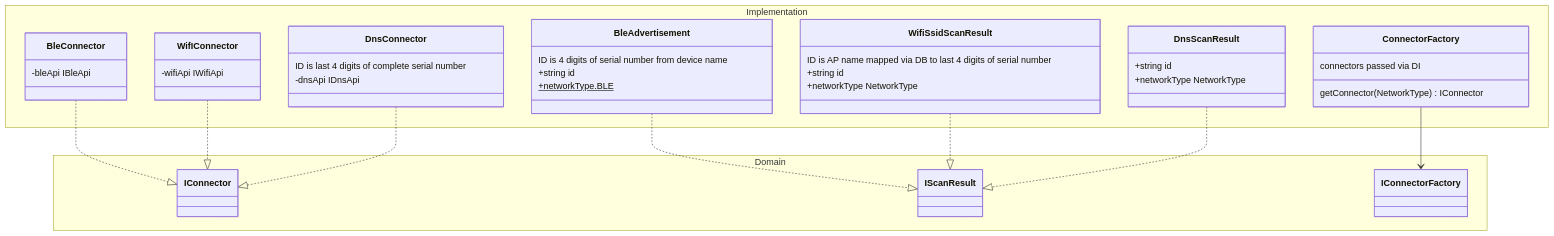
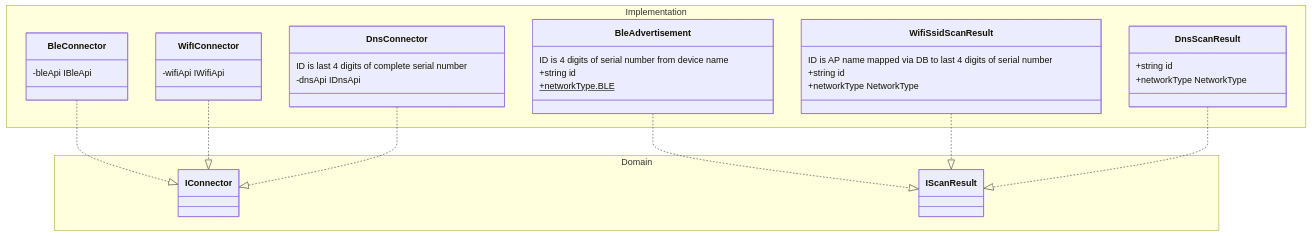
Before and after one commit to gopro/OpenGoPro: the second of 3 diagrams in demos/kotlin/kmp_sdk/docs/architecture/connector_communicator.md, drawn with Mermaid. The commit also changed other lines of this file and 4 other files, not shown here.

Commit message:
Update architecture diagrams

````diff
--- a/demos/kotlin/kmp_sdk/docs/architecture/connector_communicator.md
+++ b/demos/kotlin/kmp_sdk/docs/architecture/connector_communicator.md
@@ -94,47 +101,40 @@
 ```mermaid
 classDiagram
     direction TB
        namespace Implementation {
-        class ConnectorFactory {
-            connectors passed via DI
-            getConnector(NetworkType) IConnector
-        }
-
         class BleConnector {
             -bleApi IBleApi
         }
         class BleAdvertisement {
             ID is 4 digits of serial number from device name
             +string id
             +networkType.BLE$
         }
         class WifIConnector {
             -wifiApi IWifiApi
         }
         class WifiSsidScanResult {
             ID is AP name mapped via DB to last 4 digits of serial number
             +string id
             +networkType NetworkType
         }
         class DnsConnector {
             ID is last 4 digits of complete serial number
             -dnsApi IDnsApi
         }
         class DnsScanResult {
             +string id
             +networkType NetworkType
         }
     }
     BleConnector ..|> IConnector
     BleAdvertisement ..|> IScanResult
     WifIConnector ..|> IConnector
     WifiSsidScanResult ..|> IScanResult
     DnsConnector ..|> IConnector
     DnsScanResult ..|> IScanResult
-    ConnectorFactory --> IConnectorFactory
     namespace Domain {
         class IScanResult
         class IConnector
-        class IConnectorFactory
     }
 ```
````
